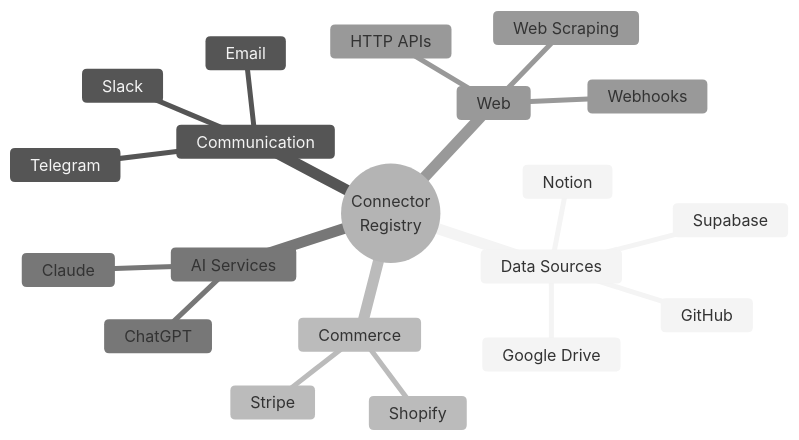
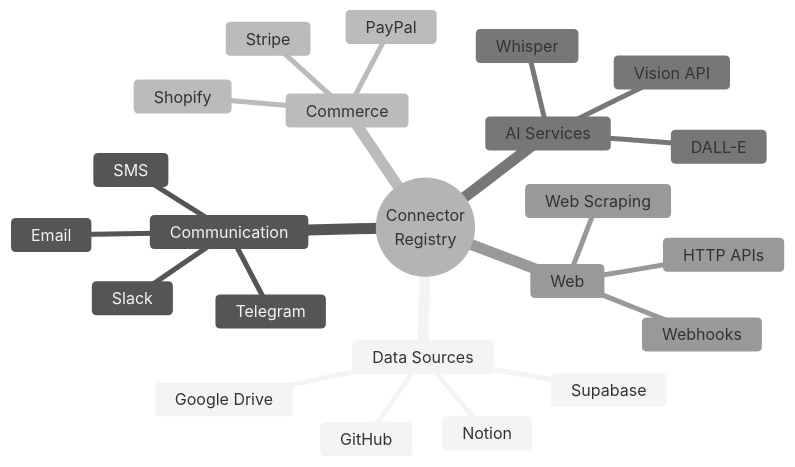
One commit to christelbuchanan/nfa-agentkit-playbook changed the fifth of 12 diagrams in README.md. Above: the diagram before and after it, drawn with Mermaid (neutral theme). The commit also changed other lines of this file and 2 other files, not shown here.

````diff
--- a/README.md
+++ b/README.md
@@ -197,23 +197,26 @@
 ```mermaid
 mindmap
   root((Connector<br/>Registry))
     Data Sources
       Google Drive
       GitHub
       Notion
       Supabase
     Communication
       Telegram
       Slack
       Email
+      SMS
     Commerce
       Stripe
       Shopify
+      PayPal
     AI Services
-      ChatGPT
-      Claude
+      DALL-E
+      Whisper
+      Vision API
     Web
       HTTP APIs
       Webhooks
       Web Scraping
 ```
````
